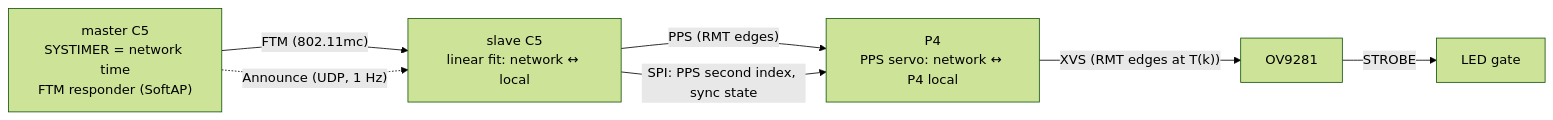
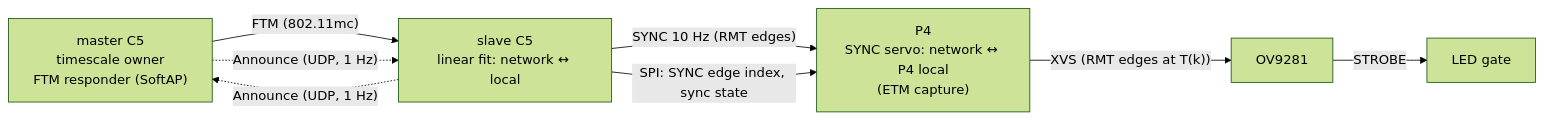
One commit to azais-corentin/espion changed the diagram in docs/timing.md. Above: the diagram before and after it, drawn with Mermaid (forest theme). The commit also changed other lines of this file and 20 other files, not shown here.

````diff
--- a/docs/timing.md
+++ b/docs/timing.md
@@ -6,9 +6,10 @@
 ```mermaid
 flowchart LR
-  MC5["master C5<br/>SYSTIMER = network time<br/>FTM responder (SoftAP)"] -- "FTM (802.11mc)" --> SC5["slave C5<br/>linear fit: network ↔ local"]
+  MC5["master C5<br/>timescale owner<br/>FTM responder (SoftAP)"] -- "FTM (802.11mc)" --> SC5["slave C5<br/>linear fit: network ↔ local"]
   MC5 -. "Announce (UDP, 1 Hz)" .-> SC5
-  SC5 -- "PPS (RMT edges)" --> P4["P4<br/>PPS servo: network ↔ P4 local"]
-  SC5 -- "SPI: PPS second index, sync state" --> P4
+  SC5 -. "Announce (UDP, 1 Hz)" .-> MC5
+  SC5 -- "SYNC 10 Hz (RMT edges)" --> P4["P4<br/>SYNC servo: network ↔ P4 local<br/>(ETM capture)"]
+  SC5 -- "SPI: SYNC edge index, sync state" --> P4
   P4 -- "XVS (RMT edges at T(k))" --> S[OV9281]
   S -- STROBE --> LED[LED gate]
 ```
````
